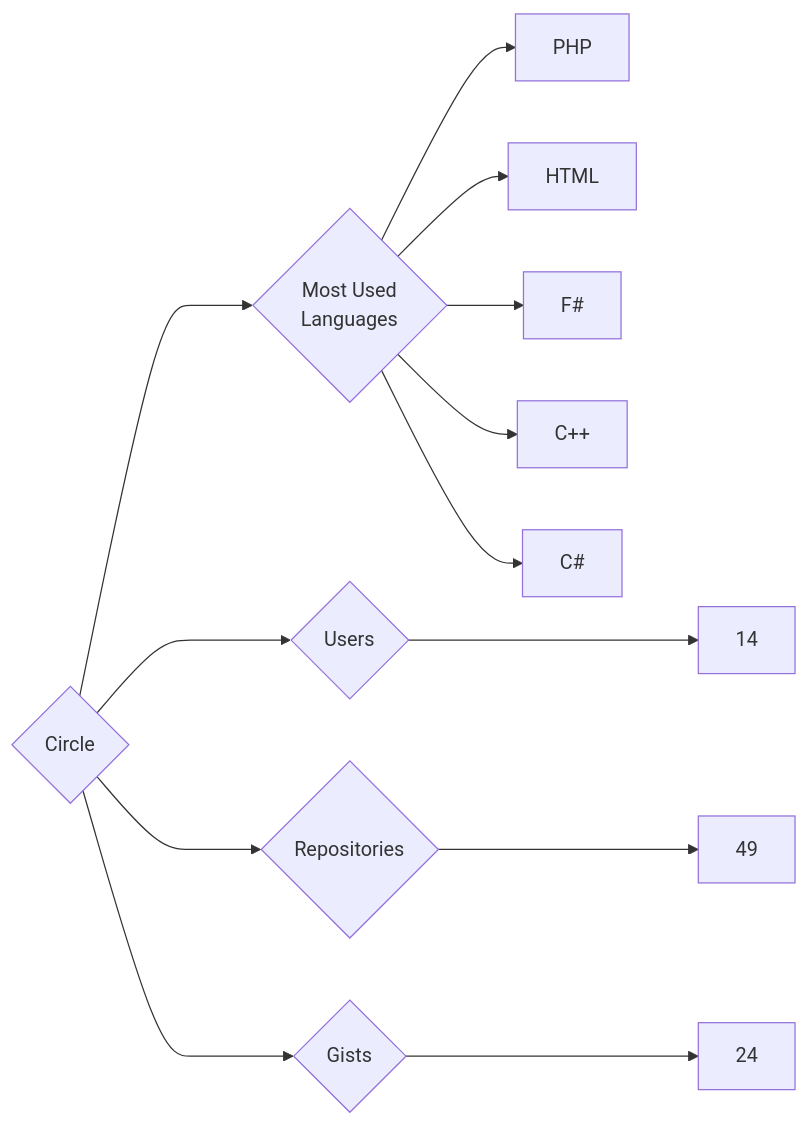
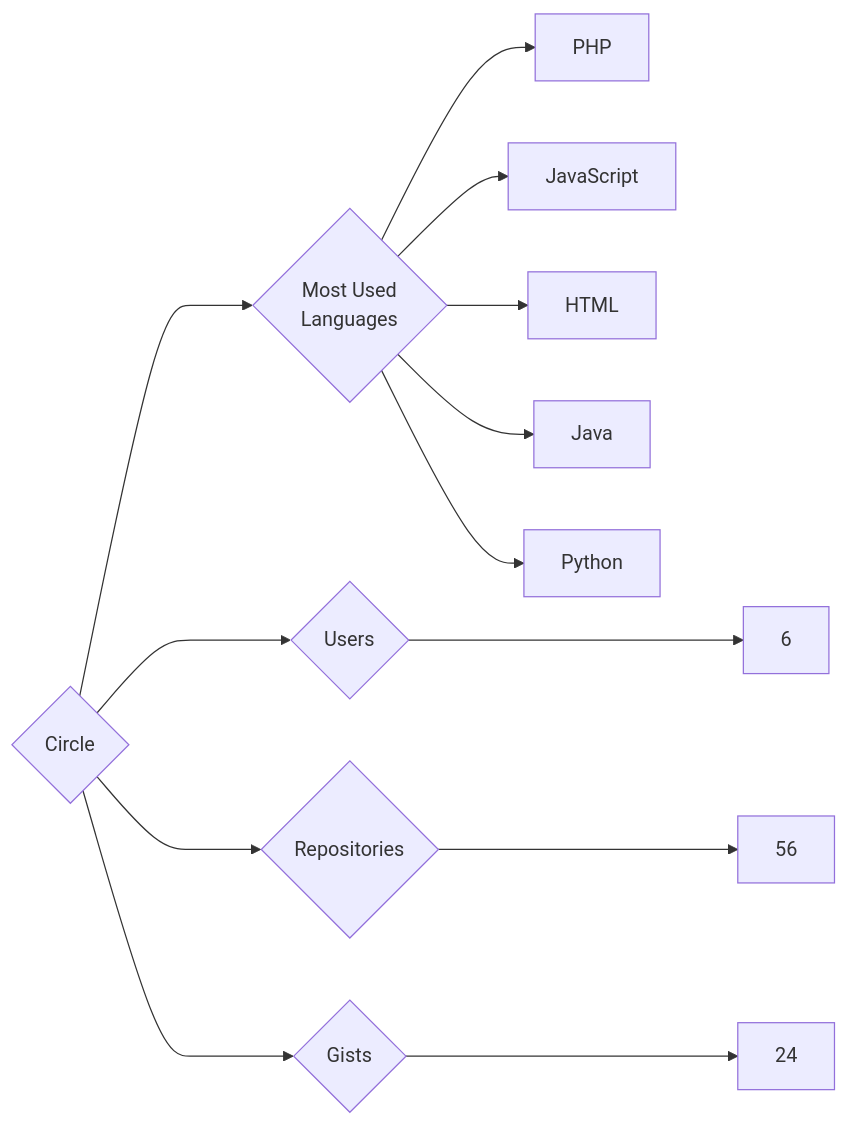
Before and after one commit to trickest/insiders: the diagram in targets/Circle/README.md, drawn with Mermaid. The commit also changed 721 other files, not shown here.

````diff
--- a/targets/Circle/README.md
+++ b/targets/Circle/README.md
@@ -3,13 +3,13 @@
 ```mermaid
 graph LR
 COMPANY_NAME{Circle}
-COMPANY_NAME ---> U{Users} ---> UN[14]
-COMPANY_NAME ---> R{Repositories} ---> RN[49]
+COMPANY_NAME ---> U{Users} ---> UN[6]
+COMPANY_NAME ---> R{Repositories} ---> RN[56]
 COMPANY_NAME ---> G{Gists} ---> GN[24]
 COMPANY_NAME ---> ML{Most Used<br>Languages}
 ML --> PHP[PHP]
+ML --> JavaScript[JavaScript]
 ML --> HTML[HTML]
-ML --> F#[F#]
-ML --> C++[C++]
-ML --> C#[C#]
+ML --> Java[Java]
+ML --> Python[Python]
 ```
````
